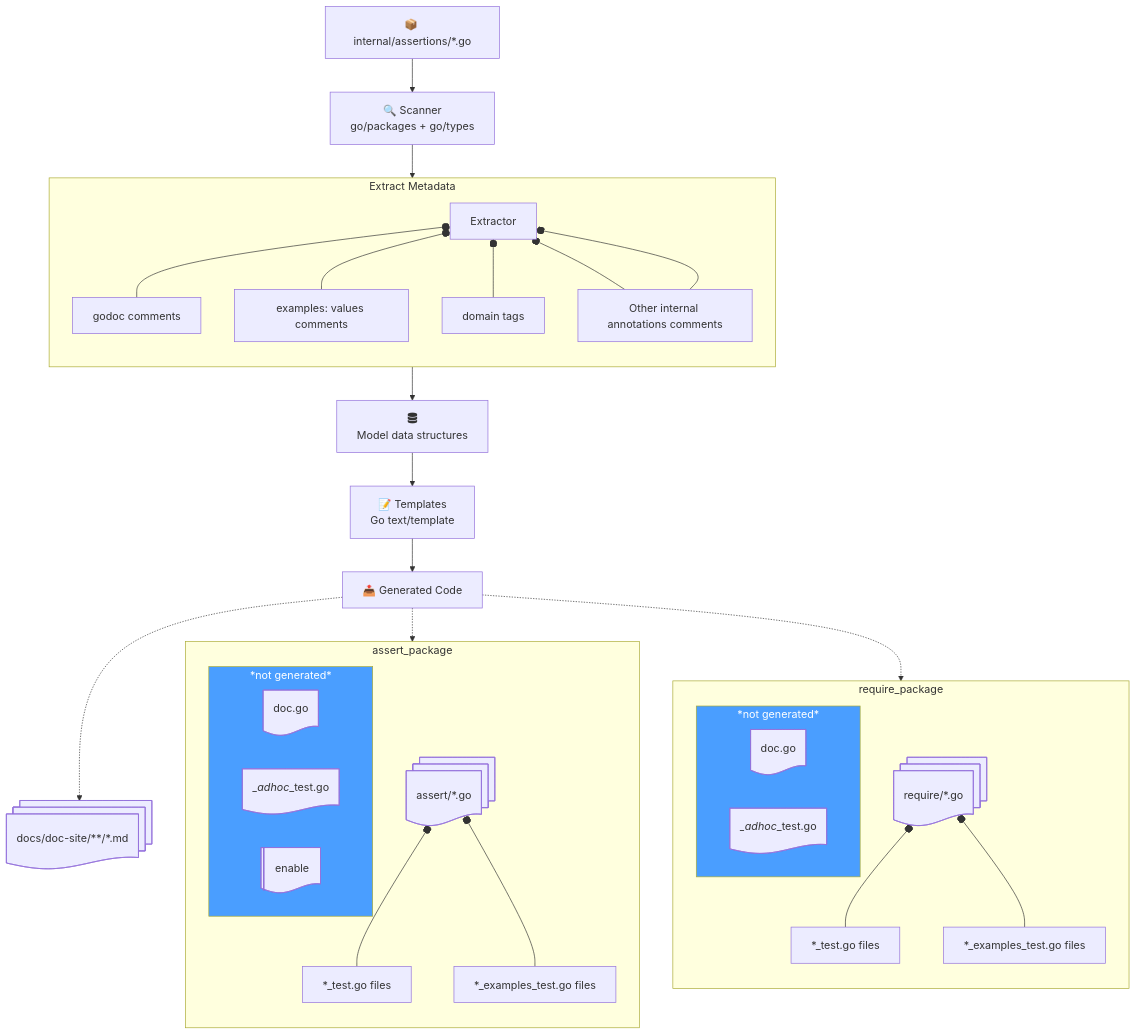
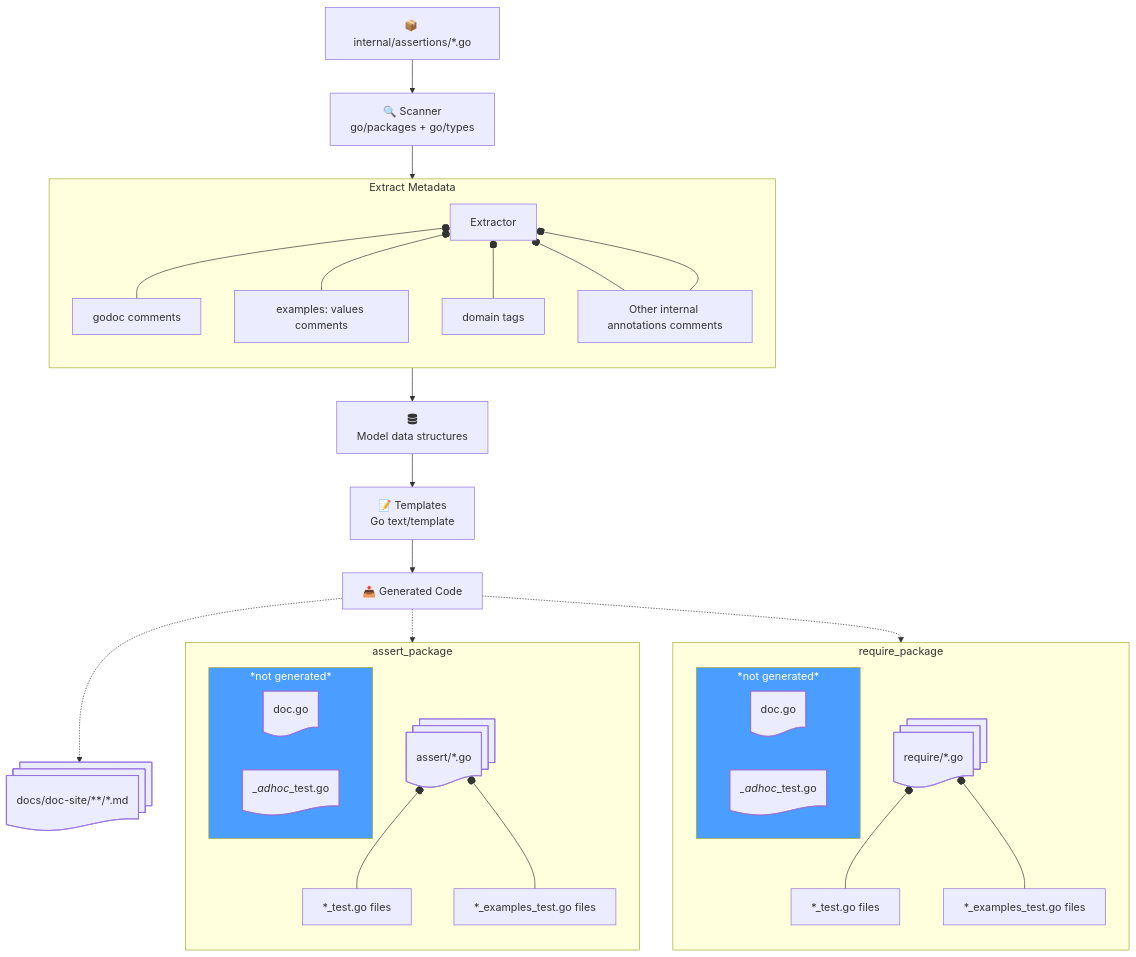
One commit to go-openapi/testify changed the first of 3 diagrams in docs/doc-site/project/maintainers/CODEGEN.md. Above: the diagram before and after it, drawn with Mermaid. The commit also changed 10 other files, not shown here.

Commit message:
refact: moved assert/enable to enable/stubs (usage is symmetric)

```diff
--- a/docs/doc-site/project/maintainers/CODEGEN.md
+++ b/docs/doc-site/project/maintainers/CODEGEN.md
@@ -18,62 +18,61 @@
 {{< mermaid align="center" zoom="true" >}}
   graph TD
     source["📦 internal/assertions/*.go"]
     scanner["🔍 Scanner
     go/packages + go/types"]
     model["fa:fa-database
     Model data structures"]
     templates["📝 Templates
     Go text/template"]
     outputs["📤 Generated Code"]
 
     source --> scanner
     scanner --> extract_metadata
     extract_metadata --> model
     model --> templates
     templates --> outputs
 
     subgraph extract_metadata["Extract Metadata"]
       direction BT
       extract["Extractor"]
       comments["godoc comments"] --o extract
       examples["examples: values comments"] --o extract
       domains["domain tags"] --o extract
       sigs["Function signatures"] --o extract
       sigs["Other internal annotations comments"] --o extract
     end
 
     outputs -.-> assert_package
     outputs -.-> require_package
     outputs -.-> docs@{shape: documents, label: "docs/doc-site/**/*.md"}
     
     subgraph assert_package
       direction BT
       assert@{shape: documents, label: "assert/*.go"}
       tests_assert["*_test.go files"] --o assert
       example_tests_assert["*_examples_test.go files"] --o assert
 
       subgraph not_generated_assert["*not generated*"]
         direction LR
         docgo_assert@{ shape: document, label: "doc.go" }
         adhoc_assert@{ shape: document, label: "*_adhoc*_test.go" }
-        enable_assert@{ shape: lin-doc, label: "enable" }
       end
     end
 
     subgraph require_package
       direction BT
 
       require@{shape: documents, label: "require/*.go"}
       tests_require["*_test.go files"] --o require
       example_tests_require["*_examples_test.go files"] --o require
 
       subgraph not_generated_require["*not generated*"]
         direction LR
         docgo_require@{ shape: document, label: "doc.go" }
         adhoc_require@{ shape: document, label: "*_adhoc*_test.go" }
       end
     end
 
     style not_generated_assert fill:#4a9eff,color:#fff
     style not_generated_require fill:#4a9eff,color:#fff
 {{< /mermaid >}}
```
